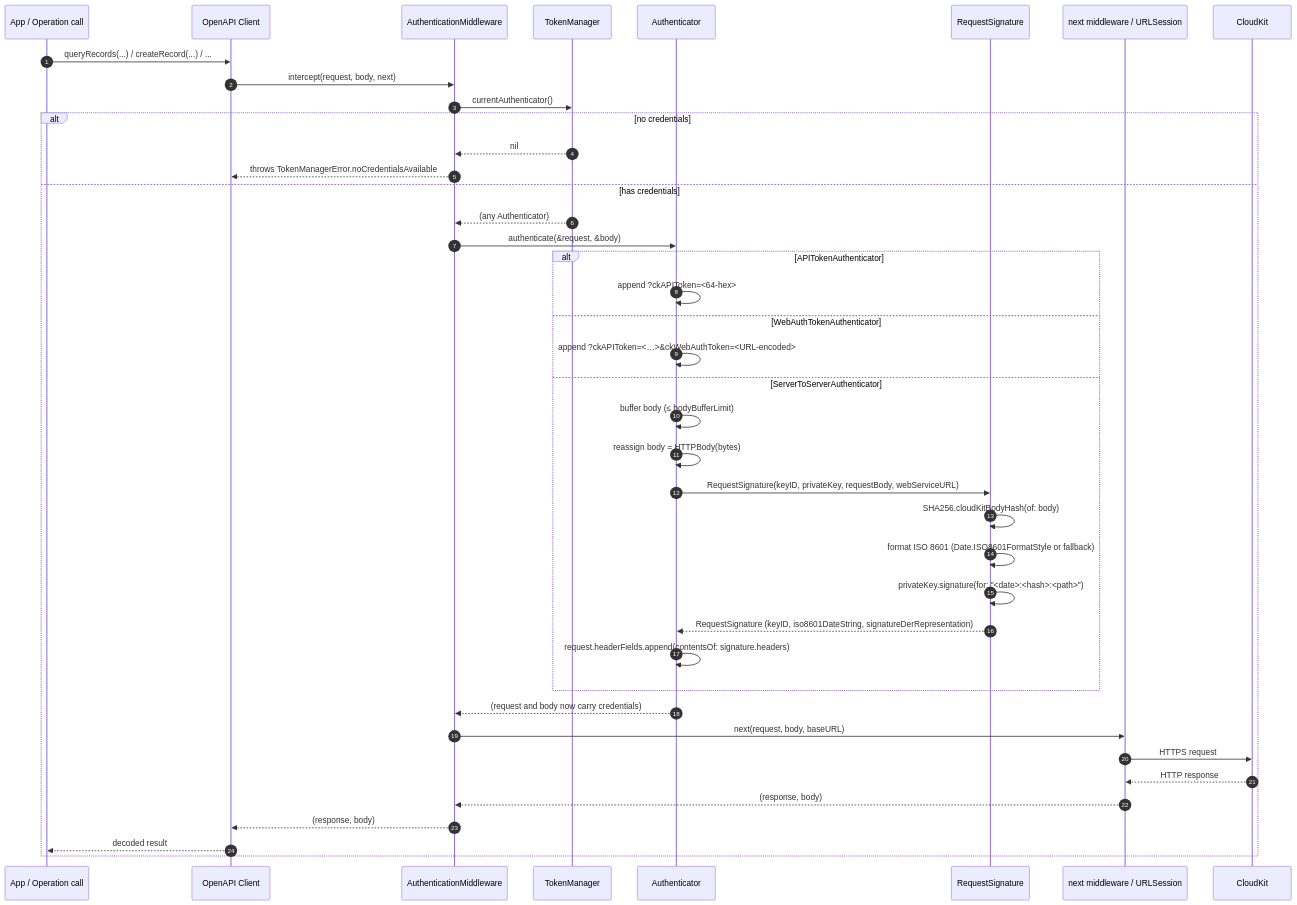
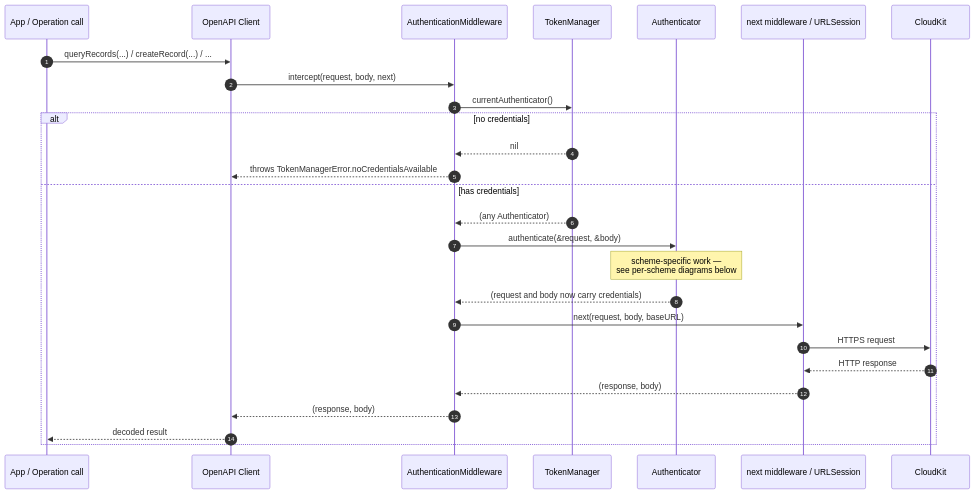
The first of 4 diagrams in docs/internals/authentication-middleware.md (brightdigit/MistKit), drawn with Mermaid before and after one commit. The commit also changed other lines of this file, not shown here.

First line of the commit message:
docs(internals): split auth flow diagram into per-scheme sequences

````diff
--- a/docs/internals/authentication-middleware.md
+++ b/docs/internals/authentication-middleware.md
@@ -243,47 +245,31 @@
 ```mermaid
 sequenceDiagram
   autonumber
   participant App as App / Operation call
   participant Client as OpenAPI Client
   participant Mid as AuthenticationMiddleware
   participant TM as TokenManager
   participant Auth as Authenticator
-  participant Sig as RequestSignature
   participant Net as next middleware / URLSession
   participant CK as CloudKit
 
   App->>Client: queryRecords(...) / createRecord(...) / ...
   Client->>Mid: intercept(request, body, next)
   Mid->>TM: currentAuthenticator()
 
   alt no credentials
     TM-->>Mid: nil
     Mid-->>Client: throws TokenManagerError.noCredentialsAvailable
   else has credentials
     TM-->>Mid: (any Authenticator)
     Mid->>Auth: authenticate(&request, &body)
-
-    alt APITokenAuthenticator
-      Auth->>Auth: append ?ckAPIToken=<64-hex>
-    else WebAuthTokenAuthenticator
-      Auth->>Auth: append ?ckAPIToken=<…>&ckWebAuthToken=<URL-encoded>
-    else ServerToServerAuthenticator
-      Auth->>Auth: buffer body (≤ bodyBufferLimit)
-      Auth->>Auth: reassign body = HTTPBody(bytes)
-      Auth->>Sig: RequestSignature(keyID, privateKey, requestBody, webServiceURL)
-      Sig->>Sig: SHA256.cloudKitBodyHash(of: body)
-      Sig->>Sig: format ISO 8601 (Date.ISO8601FormatStyle or fallback)
-      Sig->>Sig: privateKey.signature(for: "<date>:<hash>:<path>")
-      Sig-->>Auth: RequestSignature (keyID, iso8601DateString, signatureDerRepresentation)
-      Auth->>Auth: request.headerFields.append(contentsOf: signature.headers)
-    end
-
+    Note over Auth: scheme-specific work —<br/>see per-scheme diagrams below
     Auth-->>Mid: (request and body now carry credentials)
     Mid->>Net: next(request, body, baseURL)
     Net->>CK: HTTPS request
     CK-->>Net: HTTP response
     Net-->>Mid: (response, body)
     Mid-->>Client: (response, body)
     Client-->>App: decoded result
   end
 ```
````
